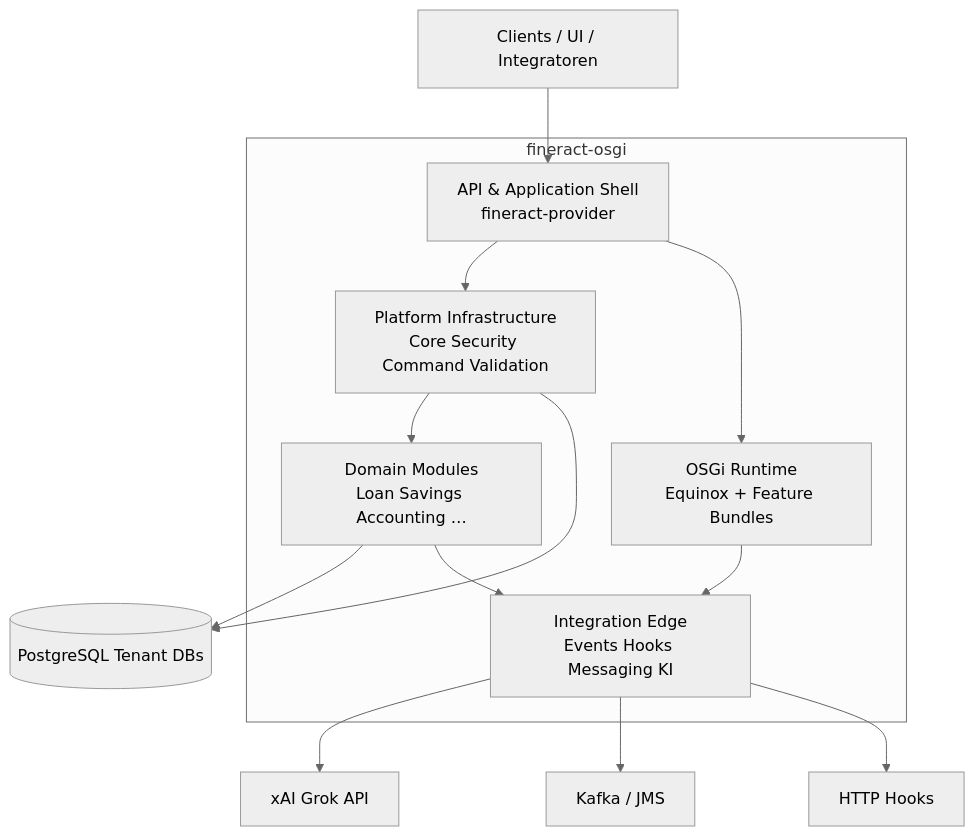
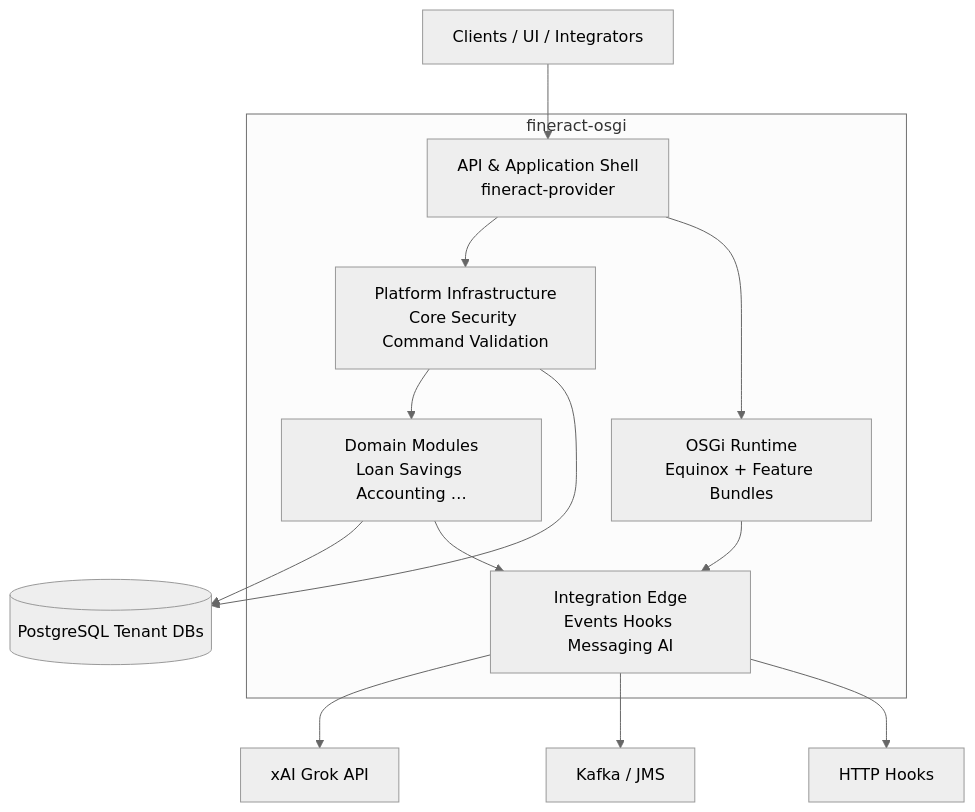
Before and after one commit to RainerMaxWallscheid/fineract-osgi: the first of 7 diagrams in docs/arc42/03_building_block_view.md, drawn with Mermaid (neutral theme). The commit also changed other lines of this file and 38 other files, not shown here.

````diff
--- a/docs/arc42/03_building_block_view.md
+++ b/docs/arc42/03_building_block_view.md
@@ -15,22 +15,22 @@
 ```mermaid
 flowchart TB
     subgraph System["fineract-osgi"]
       API[API & Application Shell<br/>fineract-provider]
       DOM[Domain Modules<br/>Loan Savings Accounting …]
       INFRA[Platform Infrastructure<br/>Core Security Command Validation]
       OSGi[OSGi Runtime<br/>Equinox + Feature Bundles]
-      INT[Integration Edge<br/>Events Hooks Messaging KI]
+      INT[Integration Edge<br/>Events Hooks Messaging AI]
     end
 
-    Client[Clients / UI / Integratoren] --> API
+    Client[Clients / UI / Integrators] --> API
     API --> INFRA
     INFRA --> DOM
     DOM --> DB[(PostgreSQL Tenant DBs)]
     INFRA --> DB
     API --> OSGi
     DOM --> INT
     OSGi --> INT
     INT --> ExtKI[xAI Grok API]
     INT --> MQ[Kafka / JMS]
     INT --> Hooks[HTTP Hooks]
 ```
````
